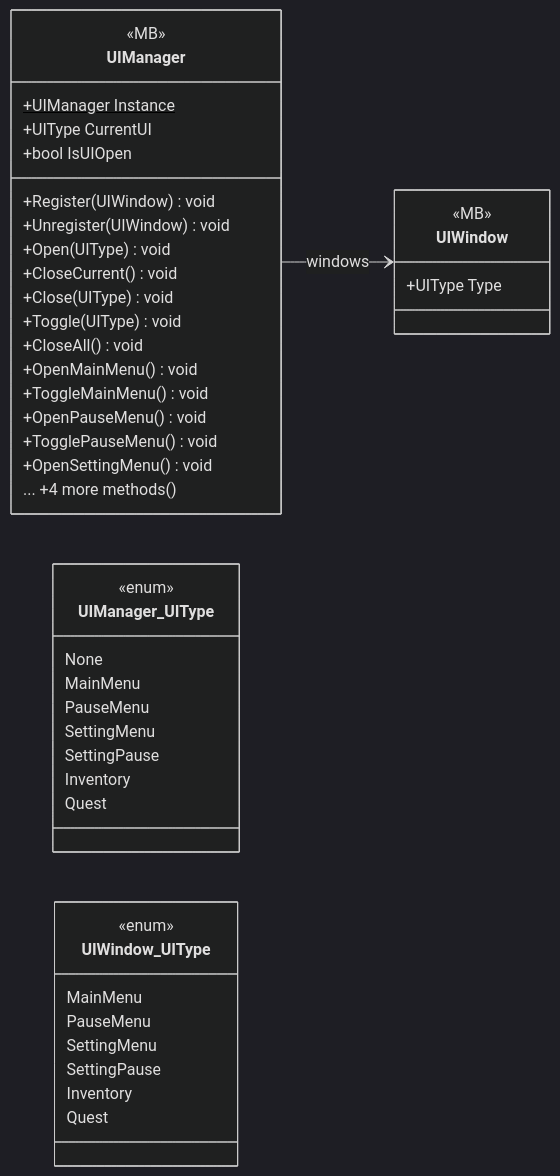
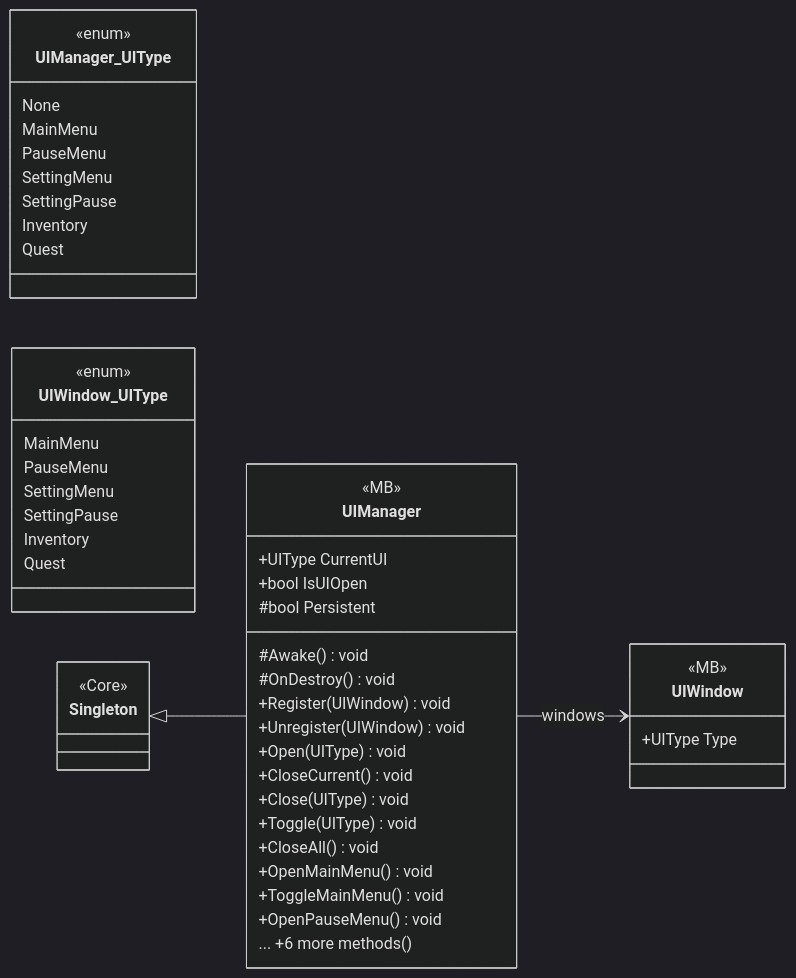
Before and after one commit to PhumipatWave/project-ocean: the diagram in docs/uml/modules/UI_UIManager.md, drawn with Mermaid (dark theme). The commit also changed other lines of this file and 71 other files, not shown here.

Commit message:
Update UML diagrams

````diff
--- a/docs/uml/modules/UI_UIManager.md
+++ b/docs/uml/modules/UI_UIManager.md
@@ -7,47 +7,51 @@
 ```mermaid
 classDiagram
   direction LR
   class UIManager {
     <<MB>>
-    +UIManager Instance$
     +UIType CurrentUI
     +bool IsUIOpen
+    #bool Persistent
+    #Awake() void
+    #OnDestroy() void
     +Register(UIWindow) void
     +Unregister(UIWindow) void
     +Open(UIType) void
     +CloseCurrent() void
     +Close(UIType) void
     +Toggle(UIType) void
     +CloseAll() void
     +OpenMainMenu() void
     +ToggleMainMenu() void
     +OpenPauseMenu() void
-    +TogglePauseMenu() void
-    +OpenSettingMenu() void
-    ... +4 more methods()
+    ... +6 more methods()
   }
   class UIManager_UIType {
     <<enum>>
     None
     MainMenu
     PauseMenu
     SettingMenu
     SettingPause
     Inventory
     Quest
   }
   class UIWindow {
     <<MB>>
     +UIType Type
   }
   class UIWindow_UIType {
     <<enum>>
     MainMenu
     PauseMenu
     SettingMenu
     SettingPause
     Inventory
     Quest
   }
+  class Singleton {
+    <<Core>>
+  }
+  Singleton <|-- UIManager
   UIManager --> UIWindow : windows
 ```
````
